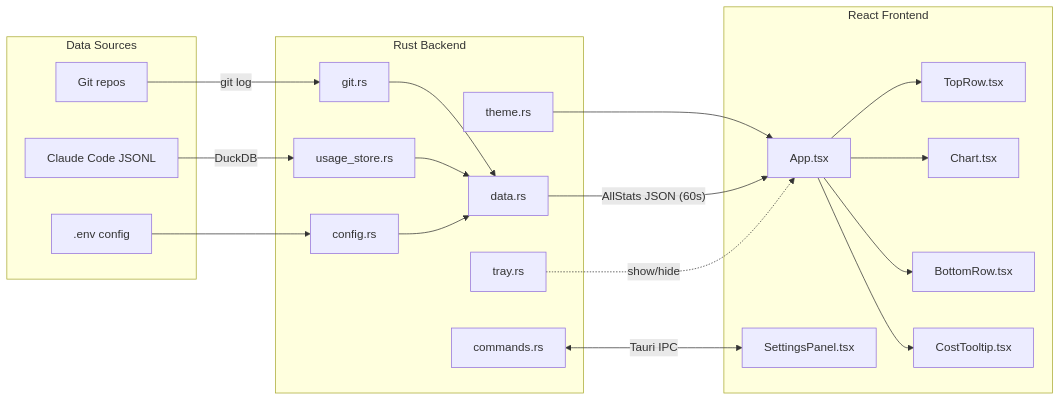
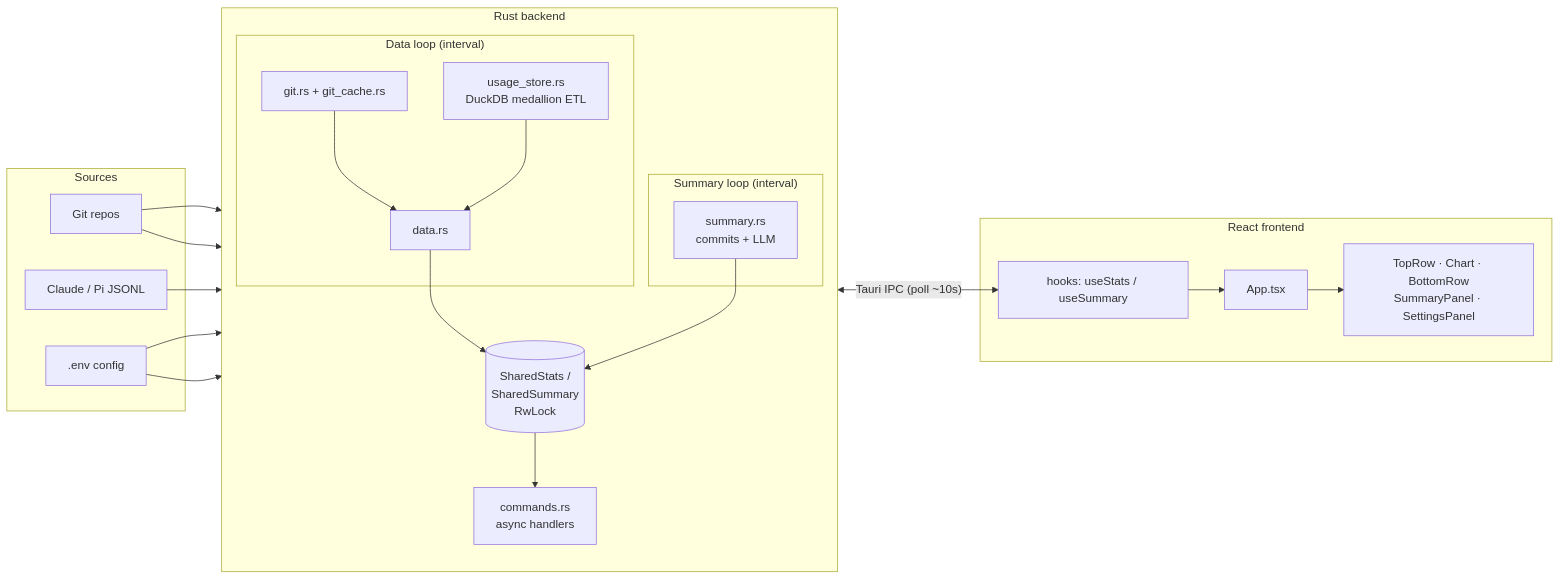
One commit to evanokeefe39/loc-dock changed the diagram in README.md. Above: the diagram before and after it, drawn with Mermaid. The commit also changed other lines of this file and 10 other files, not shown here.

First line of the commit message:
docs: consolidate architecture docs post-V2 refactor (#11)

````diff
--- a/README.md
+++ b/README.md
@@ -124,41 +129,39 @@
 ```mermaid
 flowchart LR
-    subgraph Data Sources
+    subgraph Sources
         GIT[Git repos]
-        JSONL[Claude Code JSONL]
+        JSONL[Claude / Pi JSONL]
         ENV[.env config]
     end
 
-    subgraph Rust Backend
-        config[config.rs]
-        theme[theme.rs]
-        git[git.rs]
-        usage[usage_store.rs]
-        data[data.rs]
-        commands[commands.rs]
-        tray[tray.rs]
+    subgraph "Rust backend"
+        direction TB
+        subgraph "Data loop (interval)"
+            git[git.rs + git_cache.rs]
+            usage[usage_store.rs<br/>DuckDB medallion ETL]
+            data[data.rs]
+        end
+        subgraph "Summary loop (interval)"
+            summary[summary.rs<br/>commits + LLM]
+        end
+        STATE[(SharedStats /<br/>SharedSummary<br/>RwLock)]
+        commands[commands.rs<br/>async handlers]
     end
 
-    subgraph React Frontend
+    subgraph "React frontend"
+        hooks[hooks: useStats / useSummary]
         App[App.tsx]
-        TopRow[TopRow.tsx]
-        Chart[Chart.tsx]
-        BottomRow[BottomRow.tsx]
-        Tooltip[CostTooltip.tsx]
-        Settings[SettingsPanel.tsx]
+        ui[TopRow · Chart · BottomRow<br/>SummaryPanel · SettingsPanel]
     end
 
-    GIT -- git log --> git
-    JSONL -- DuckDB --> usage
-    ENV --> config
+    GIT --> git --> data
+    JSONL --> usage --> data
+    ENV --> data & summary
+    GIT --> summary
 
-    git --> data
-    usage --> data
-    config --> data
-    theme --> App
-
-    data -- "AllStats JSON (60s)" --> App
-    App --> TopRow & Chart & BottomRow & Tooltip
-    commands <-- "Tauri IPC" --> Settings
-    tray -. show/hide .-> App
+    data --> STATE
+    summary --> STATE
+    STATE --> commands
+    commands <-- "Tauri IPC (poll ~10s)" --> hooks
+    hooks --> App --> ui
 ```
````
